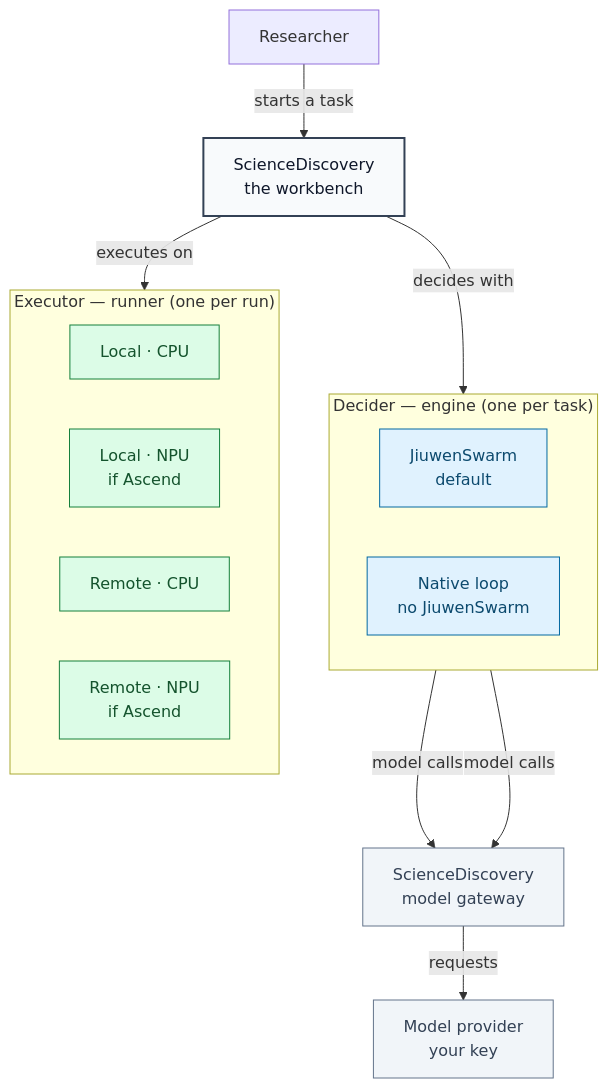
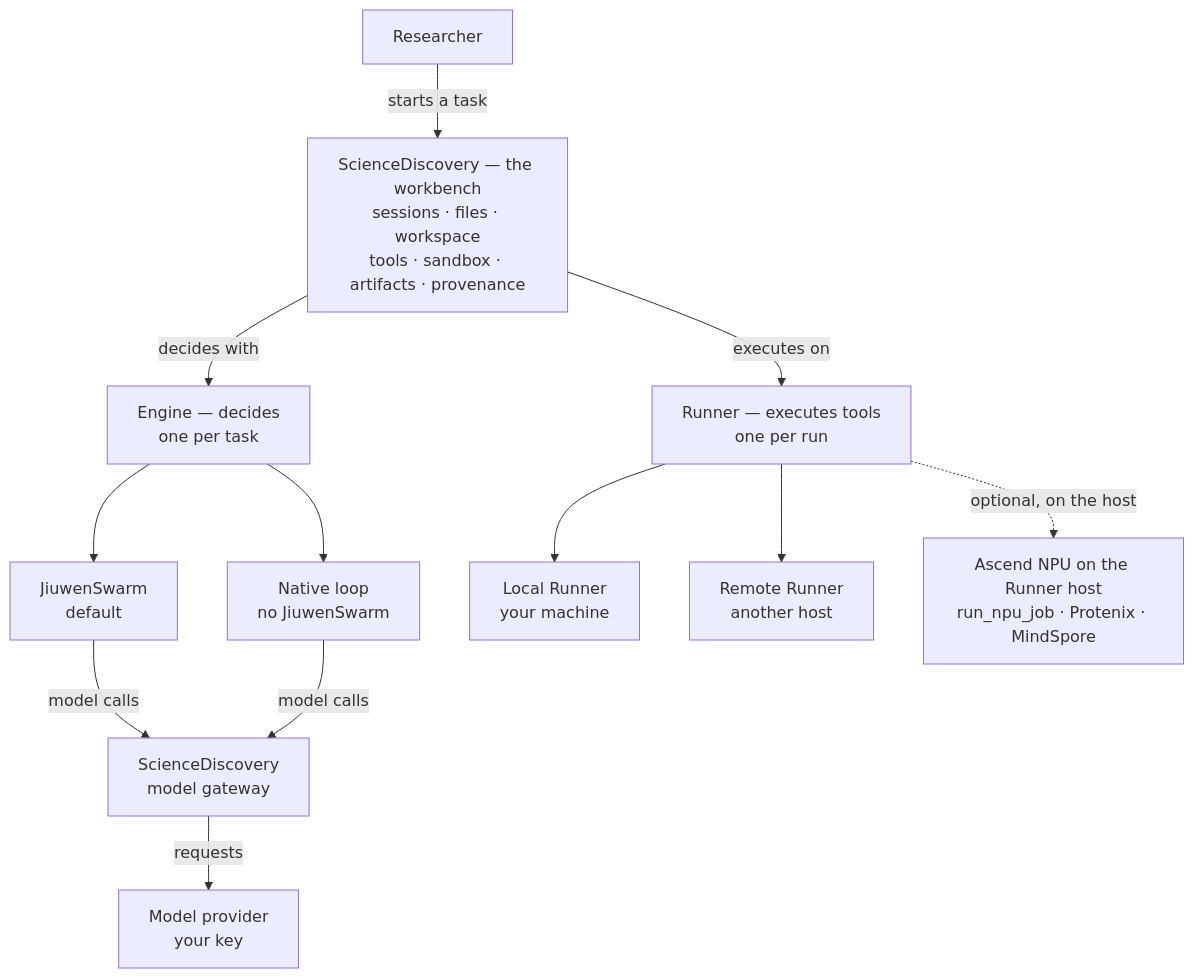
Before and after one commit to michaelatamuk/agentic-desk: the first of 5 diagrams in company/sciencediscovery/overview.md, drawn with Mermaid. The commit also changed other lines of this file, not shown here.

Commit message:
Revert the last two ScienceDiscovery diagram changes

````diff
--- a/company/sciencediscovery/overview.md
+++ b/company/sciencediscovery/overview.md
@@ -32,38 +32,27 @@
 ```mermaid
 flowchart TD
   R["Researcher"]
-  SD["ScienceDiscovery<br/>the workbench"]
-
-  subgraph DEC["Decider — engine (one per task)"]
-    direction LR
-    JS["JiuwenSwarm<br/>default"]
-    NL["Native loop<br/>no JiuwenSwarm"]
-  end
-
-  subgraph EXE["Executor — runner (one per run)"]
-    direction LR
-    LC["Local · CPU"]
-    LN["Local · NPU<br/>if Ascend"]
-    RC["Remote · CPU"]
-    RN["Remote · NPU<br/>if Ascend"]
-  end
-
+  SD["ScienceDiscovery — the workbench<br/>sessions · files · workspace<br/>tools · sandbox · artifacts · provenance"]
+  ENG["Engine — decides<br/>one per task"]
+  JS["JiuwenSwarm<br/>default"]
+  NL["Native loop<br/>no JiuwenSwarm"]
   GW["ScienceDiscovery<br/>model gateway"]
   MP["Model provider<br/>your key"]
+  RUN["Runner — executes tools<br/>one per run"]
+  LR["Local Runner<br/>your machine"]
+  RR["Remote Runner<br/>another host"]
+  NPU["Ascend NPU on the Runner host<br/>run_npu_job · Protenix · MindSpore"]
 
   R -->|"starts a task"| SD
-  SD -->|"decides with"| DEC
+  SD -->|"decides with"| ENG
+  ENG --> JS
+  ENG --> NL
   JS -->|"model calls"| GW
   NL -->|"model calls"| GW
   GW -->|"requests"| MP
-  SD -->|"executes on"| EXE
 
-  classDef core fill:#f8fafc,stroke:#334155,stroke-width:2px,color:#0f172a;
-  classDef dec fill:#e0f2fe,stroke:#0369a1,color:#0c4a6e;
-  classDef exe fill:#dcfce7,stroke:#15803d,color:#14532d;
-  classDef ext fill:#f1f5f9,stroke:#64748b,color:#334155;
-  class SD core;
-  class JS,NL dec;
-  class LC,LN,RC,RN exe;
-  class GW,MP ext;
+  SD -->|"executes on"| RUN
+  RUN --> LR
+  RUN --> RR
+  RUN -.->|"optional, on the host"| NPU
 ```
````
